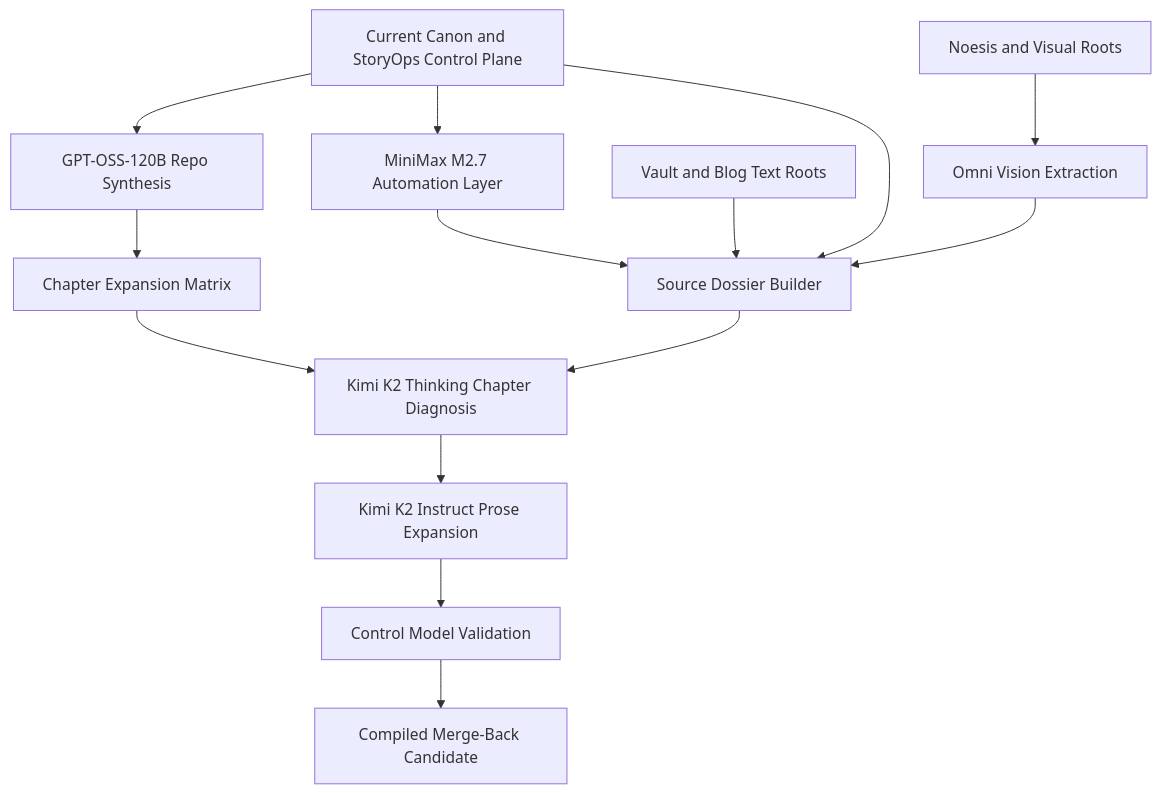
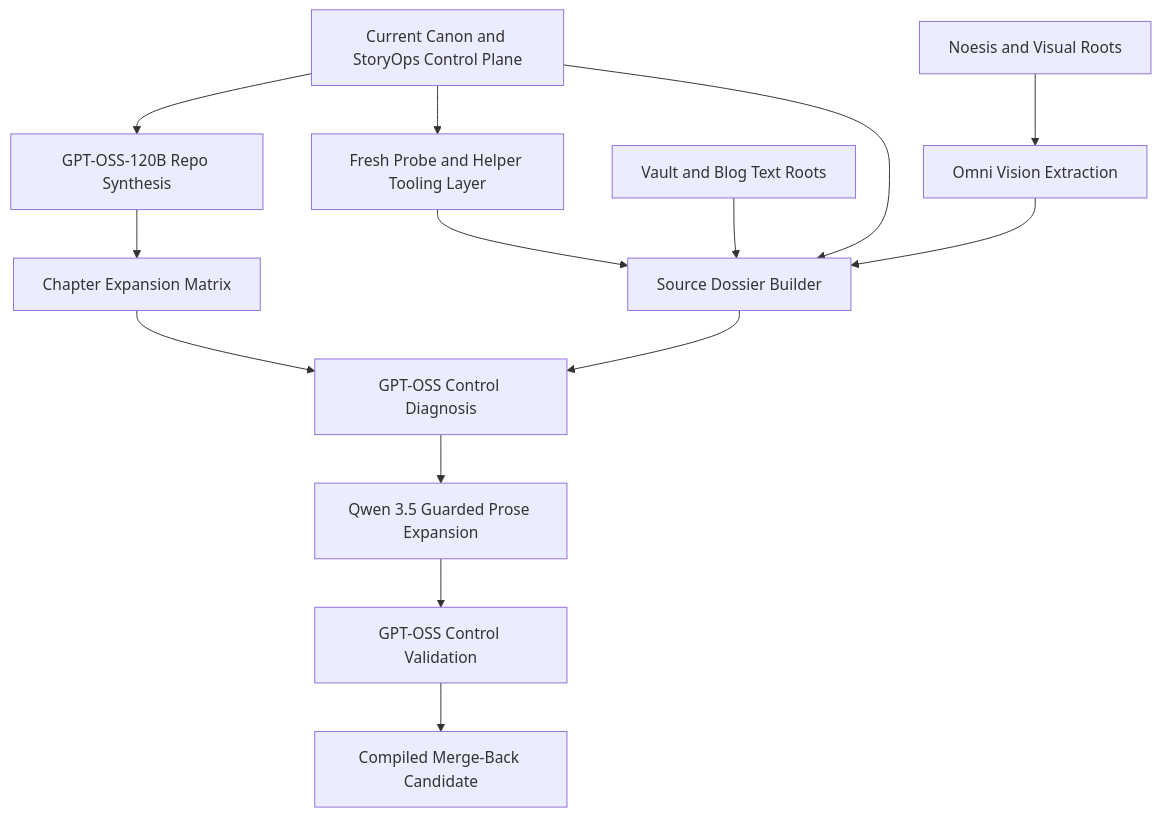
Before and after one commit to Sheshiyer/Somatic-Canticles: the diagram in 06_WORKBENCH/SC_STORYOPS/story/expansion_lab/README.md, drawn with Mermaid. The commit also changed other lines of this file and 22 other files, not shown here.

Commit message:
Stabilize Book 2 expansion routing and Chapter 09

````diff
--- a/06_WORKBENCH/SC_STORYOPS/story/expansion_lab/README.md
+++ b/06_WORKBENCH/SC_STORYOPS/story/expansion_lab/README.md
@@ -144,16 +145,16 @@
 ```mermaid
 flowchart TD
     A["Current Canon and StoryOps Control Plane"] --> B["GPT-OSS-120B Repo Synthesis"]
-    A --> C["MiniMax M2.7 Automation Layer"]
+    A --> C["Fresh Probe and Helper Tooling Layer"]
     A --> D["Source Dossier Builder"]
     J["Vault and Blog Text Roots"] --> D
     K["Noesis and Visual Roots"] --> L["Omni Vision Extraction"]
     B --> E["Chapter Expansion Matrix"]
     C --> D
     L --> D
-    D --> F["Kimi K2 Thinking Chapter Diagnosis"]
+    D --> F["GPT-OSS Control Diagnosis"]
     E --> F
-    F --> G["Kimi K2 Instruct Prose Expansion"]
-    G --> H["Control Model Validation"]
+    F --> G["Qwen 3.5 Guarded Prose Expansion"]
+    G --> H["GPT-OSS Control Validation"]
     H --> I["Compiled Merge-Back Candidate"]
 ```
````
